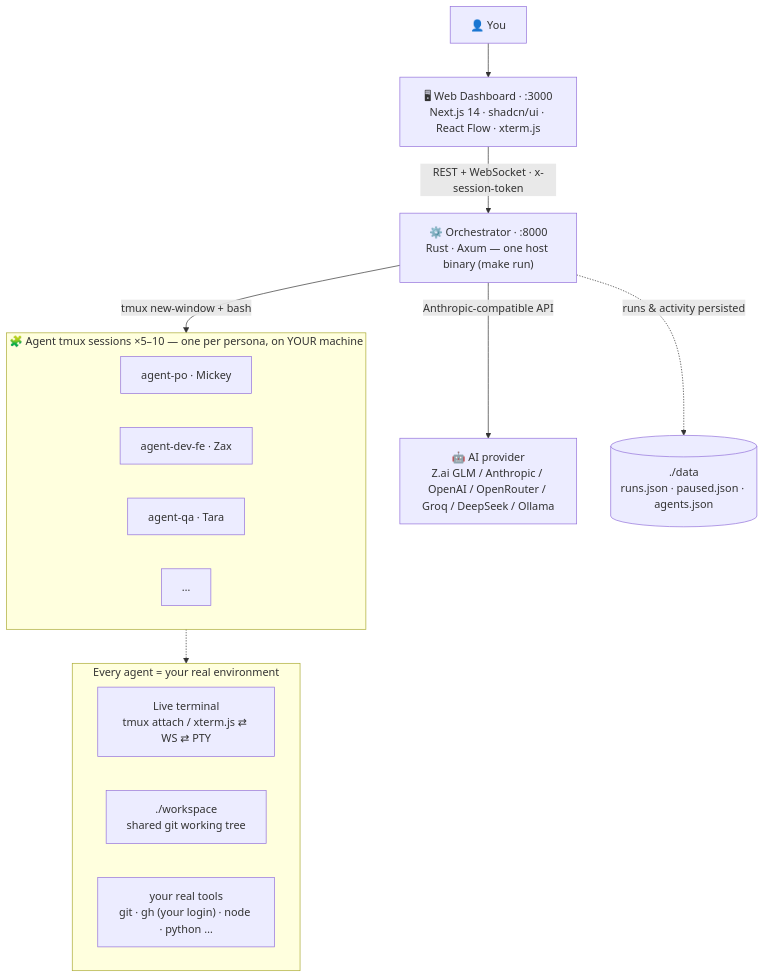
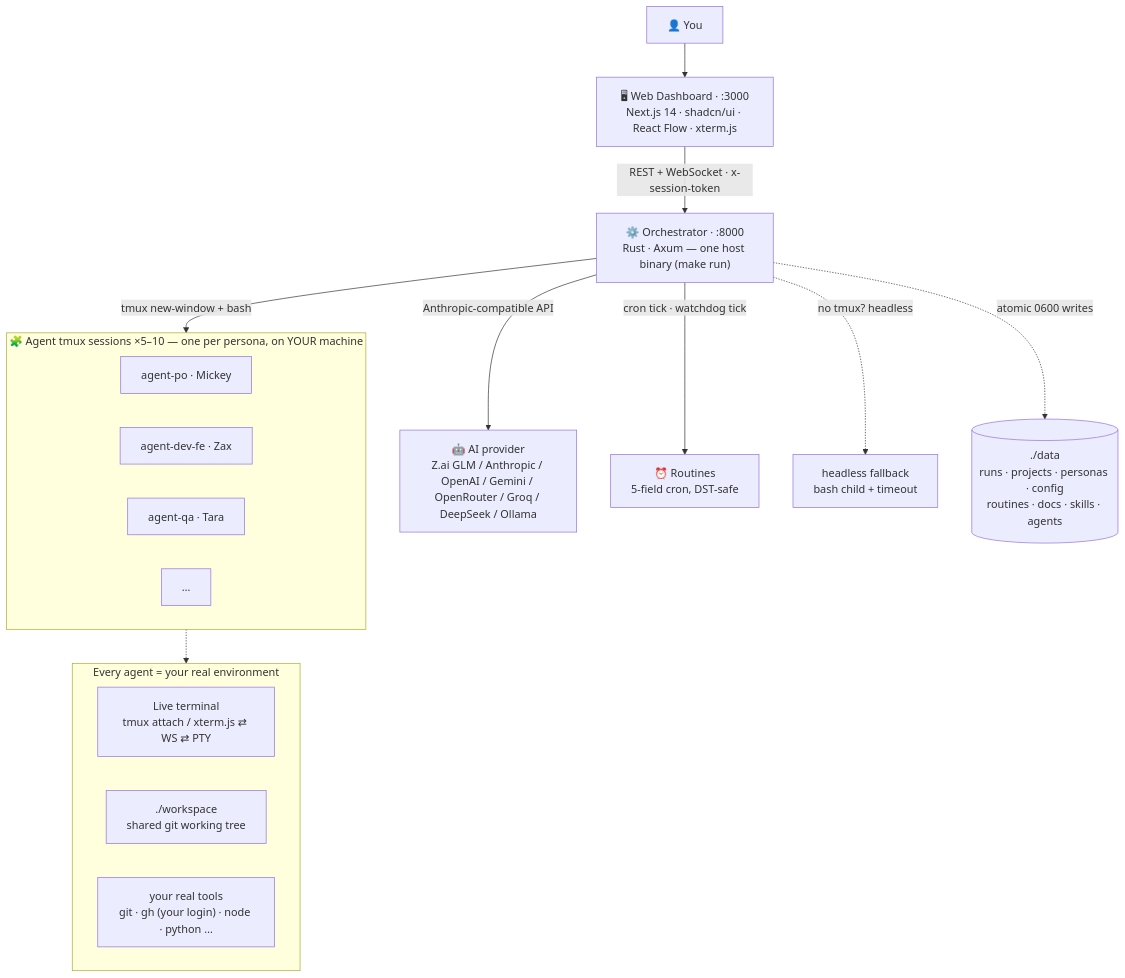
One commit to 9zax/ai-agent-platform changed the second of 2 diagrams in README.md. Above: the diagram before and after it, drawn with Mermaid. The commit also changed other lines of this file and 16 other files, not shown here.

````diff
--- a/README.md
+++ b/README.md
@@ -65,25 +91,27 @@
 ```mermaid
 flowchart TB
     U["👤 You"] --> WEB["🖥 Web Dashboard · :3000<br/>Next.js 14 · shadcn/ui · React Flow · xterm.js"]
     WEB -->|"REST + WebSocket · x-session-token"| ORCH["⚙️ Orchestrator · :8000<br/>Rust · Axum — one host binary (make run)"]
-    ORCH -->|"Anthropic-compatible API"| LLM["🤖 AI provider<br/>Z.ai GLM / Anthropic / OpenAI / OpenRouter / Groq / DeepSeek / Ollama"]
+    ORCH -->|"Anthropic-compatible API"| LLM["🤖 AI provider<br/>Z.ai GLM / Anthropic / OpenAI / Gemini / OpenRouter / Groq / DeepSeek / Ollama"]
 
     subgraph TEAM["🧩 Agent tmux sessions ×5–10 — one per persona, on YOUR machine"]
         direction LR
         A1["agent-po · Mickey"]
         A2["agent-dev-fe · Zax"]
         A3["agent-qa · Tara"]
         A4["…"]
     end
     ORCH -->|"tmux new-window + bash"| TEAM
+    ORCH -->|"cron tick · watchdog tick"| SCHED["⏰ Routines<br/>5-field cron, DST-safe"]
+    ORCH -.->|"no tmux? headless"| HEADLESS["headless fallback<br/>bash child + timeout"]
 
     subgraph INSIDE["Every agent = your real environment"]
         direction LR
         TERM["Live terminal<br/>tmux attach / xterm.js ⇄ WS ⇄ PTY"]
         REPO["./workspace<br/>shared git working tree"]
         TOOLS["your real tools<br/>git · gh (your login) · node · python …"]
     end
     TEAM -.-> INSIDE
 
-    ORCH -.->|"runs & activity persisted"| DATA[("./data<br/>runs.json · paused.json · agents.json")]
+    ORCH -.->|"atomic 0600 writes"| DATA[("./data<br/>runs · projects · personas · config<br/>routines · docs · skills · agents")]
 ```
````
